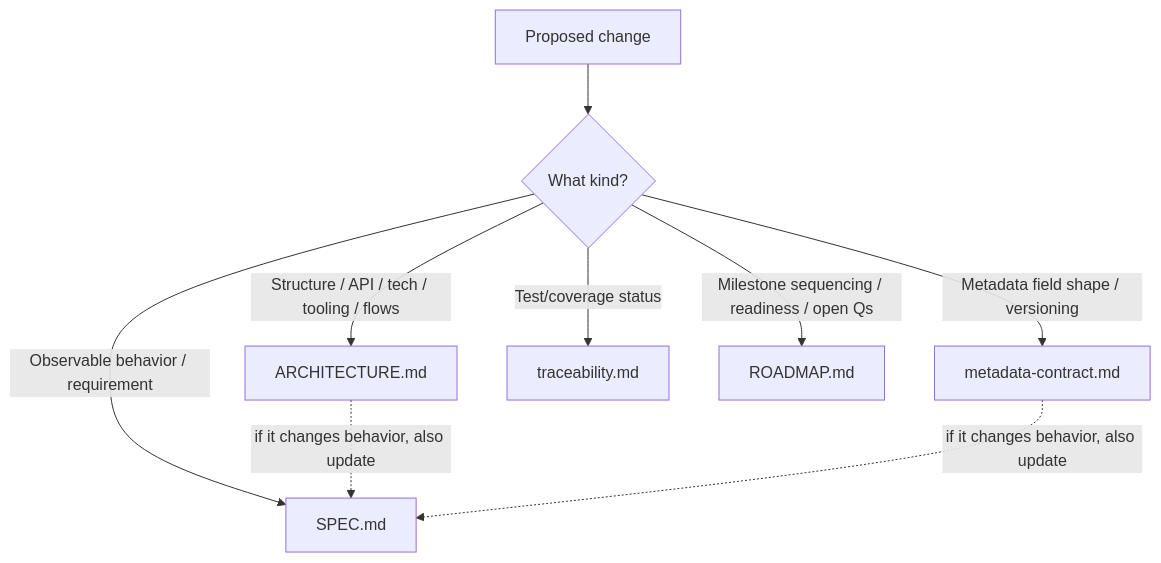
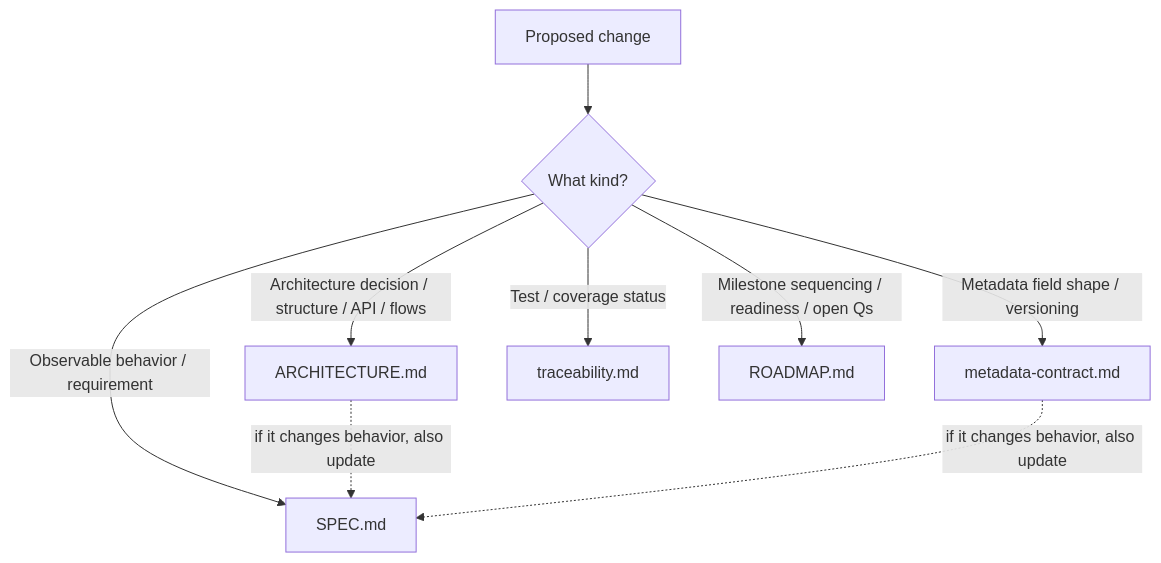
Before and after one commit to transon-org/transon-blockly: the first of 9 diagrams in docs/ARCHITECTURE.md, drawn with Mermaid. The commit also changed other lines of this file and 4 other files, not shown here.

````diff
--- a/docs/ARCHITECTURE.md
+++ b/docs/ARCHITECTURE.md
@@ -38,11 +33,11 @@
 ```mermaid
 flowchart TD
     A[Proposed change] --> B{What kind?}
     B -->|Observable behavior / requirement| S[SPEC.md]
+    B -->|Architecture decision / structure / API / flows| AR[ARCHITECTURE.md]
     B -->|Metadata field shape / versioning| C[metadata-contract.md]
-    B -->|Structure / API / tech / tooling / flows| AR[ARCHITECTURE.md]
-    B -->|Test/coverage status| T[traceability.md]
+    B -->|Test / coverage status| T[traceability.md]
     B -->|Milestone sequencing / readiness / open Qs| R[ROADMAP.md]
     AR -.->|if it changes behavior, also update| S
     C -.->|if it changes behavior, also update| S
 ```
````
